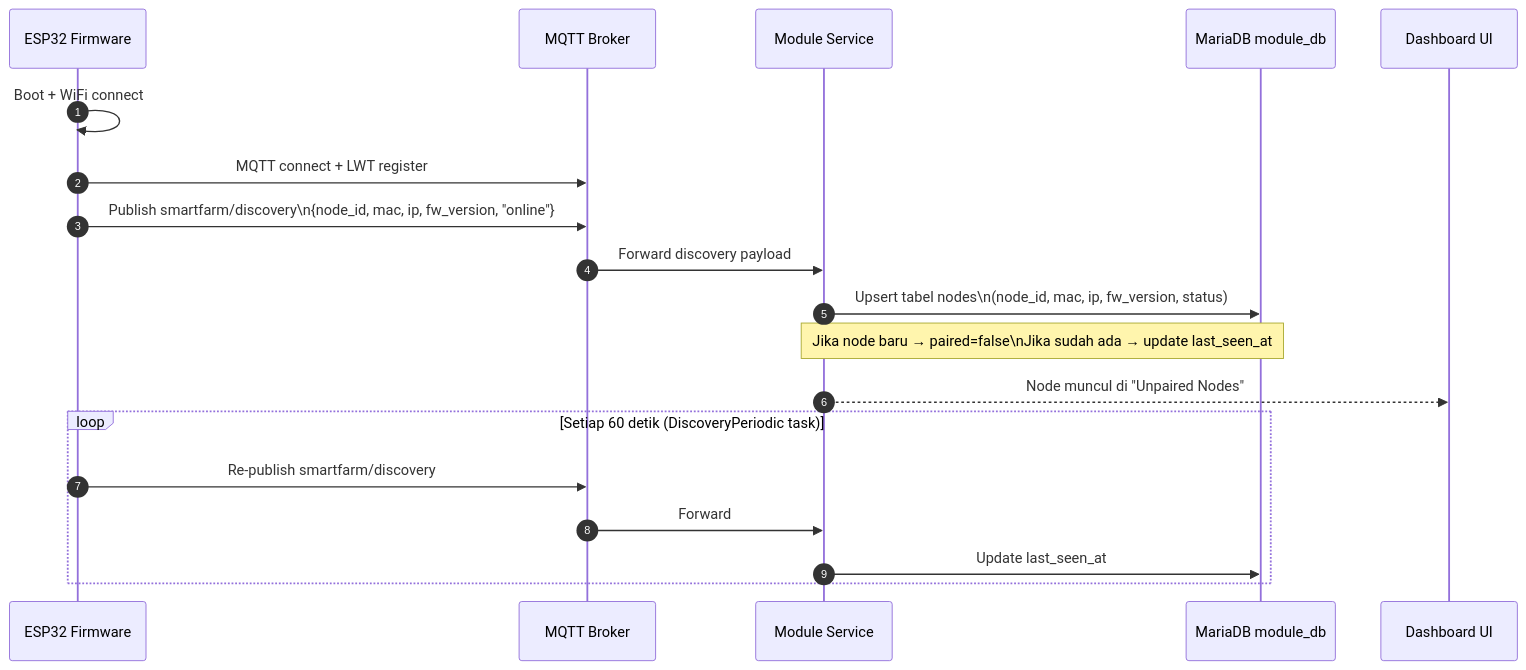
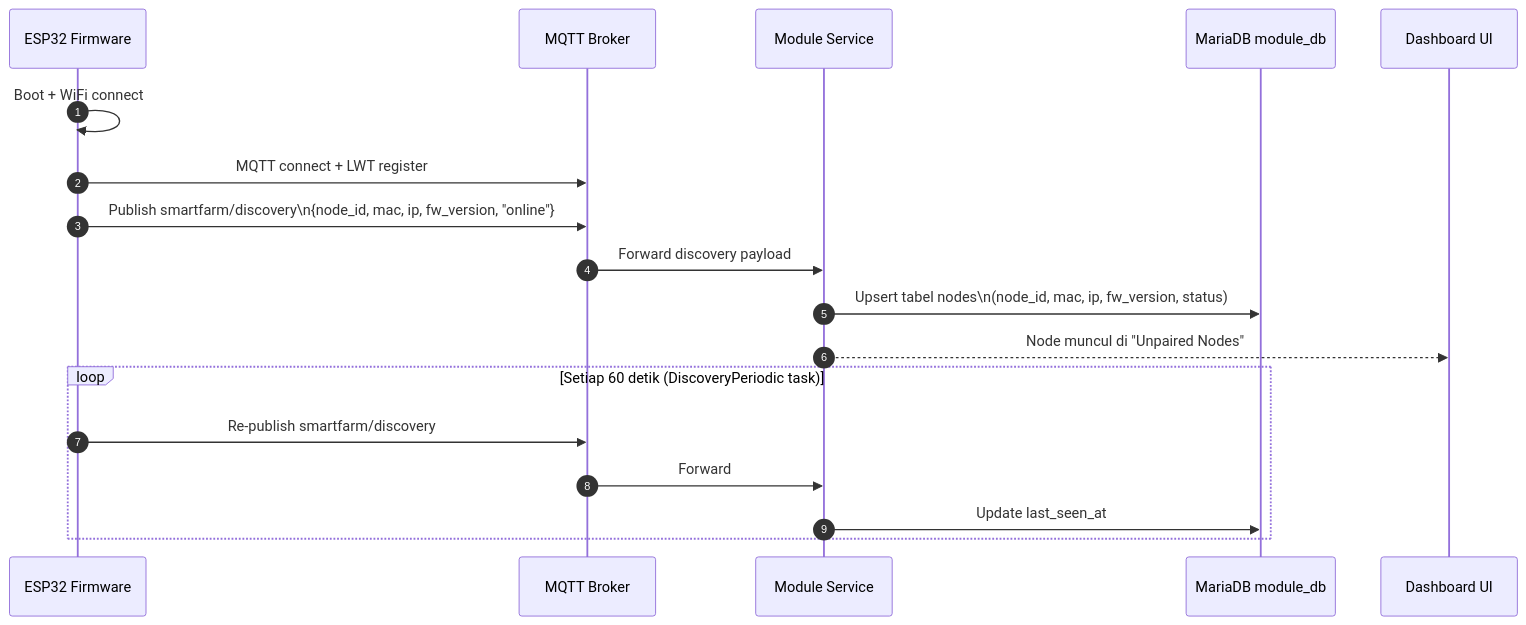
One commit to Rezen351/enyx-enterprise changed the fourth of 4 diagrams in docs/mqtt_standar_komunikasi.md. Above: the diagram before and after it, drawn with Mermaid. The commit also changed other lines of this file and 26 other files, not shown here.

````diff
--- a/docs/mqtt_standar_komunikasi.md
+++ b/docs/mqtt_standar_komunikasi.md
@@ -602,23 +277,22 @@
 ```mermaid
 sequenceDiagram
     autonumber
     participant FW as ESP32 Firmware
     participant MQ as MQTT Broker
     participant MS as Module Service
     participant DB as MariaDB module_db
     participant DASH as Dashboard UI
 
     FW->>FW: Boot + WiFi connect
     FW->>MQ: MQTT connect + LWT register
     FW->>MQ: Publish smartfarm/discovery\n{node_id, mac, ip, fw_version, "online"}
     MQ->>MS: Forward discovery payload
     MS->>DB: Upsert tabel nodes\n(node_id, mac, ip, fw_version, status)
-    Note over MS,DB: Jika node baru → paired=false\nJika sudah ada → update last_seen_at
     MS-->>DASH: Node muncul di "Unpaired Nodes"
 
     loop Setiap 60 detik (DiscoveryPeriodic task)
         FW->>MQ: Re-publish smartfarm/discovery
         MQ->>MS: Forward
         MS->>DB: Update last_seen_at
     end
 ```
````
